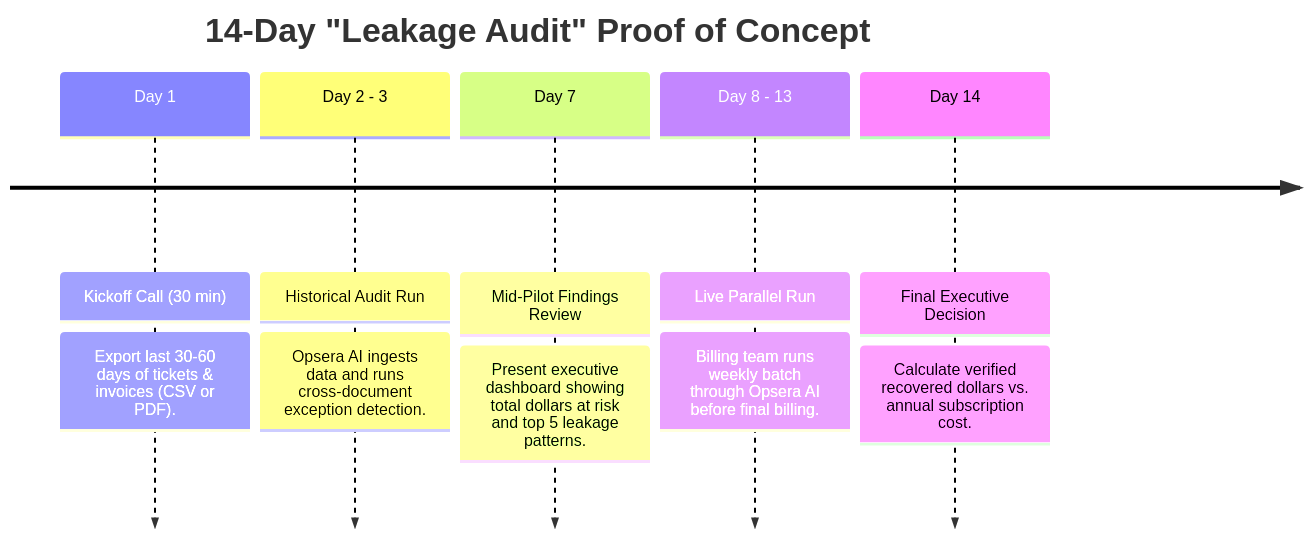
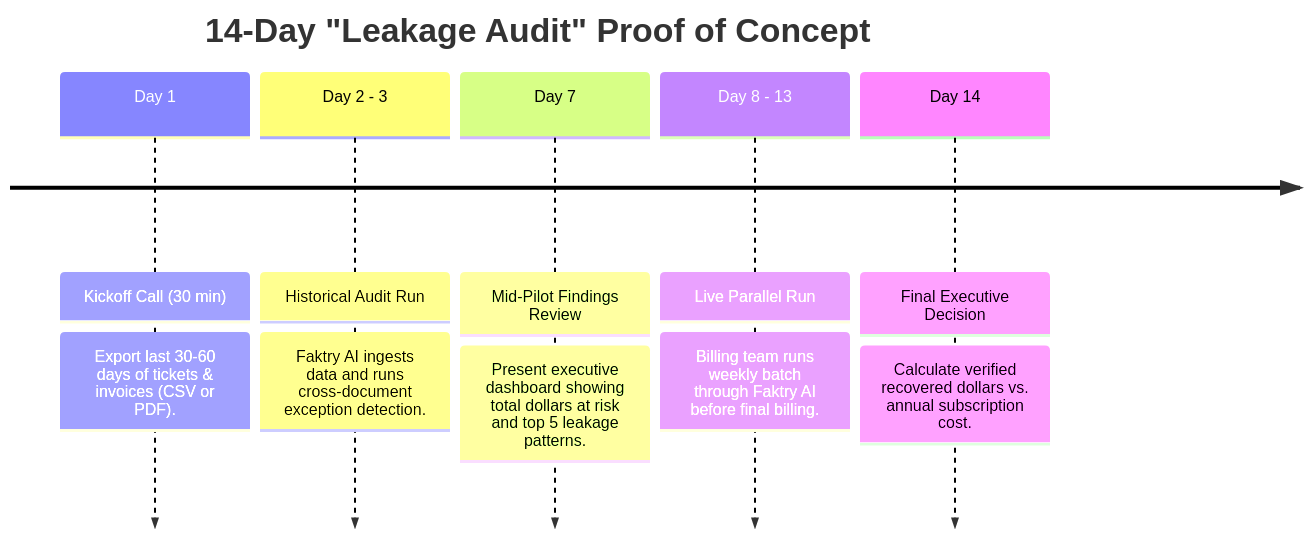
Before and after one commit to deepshah995/opseraai: the third of 3 diagrams in docs/INTEGRATION_PITCH_PLAYBOOK.md, drawn with Mermaid. The commit also changed other lines of this file and 35 other files, not shown here.

Commit message:
feat: add Faktry AI theme, drag-wire DAG data flow, /workflows/new studio, and preview popup

````diff
--- a/docs/INTEGRATION_PITCH_PLAYBOOK.md
+++ b/docs/INTEGRATION_PITCH_PLAYBOOK.md
@@ -229,9 +229,9 @@
 ```mermaid
 timeline
     title 14-Day "Leakage Audit" Proof of Concept
     Day 1 : Kickoff Call (30 min) : Export last 30-60 days of tickets & invoices (CSV or PDF).
-    Day 2 - 3 : Historical Audit Run : Opsera AI ingests data and runs cross-document exception detection.
+    Day 2 - 3 : Historical Audit Run : Faktry AI ingests data and runs cross-document exception detection.
     Day 7 : Mid-Pilot Findings Review : Present executive dashboard showing total dollars at risk and top 5 leakage patterns.
-    Day 8 - 13 : Live Parallel Run : Billing team runs weekly batch through Opsera AI before final billing.
+    Day 8 - 13 : Live Parallel Run : Billing team runs weekly batch through Faktry AI before final billing.
     Day 14 : Final Executive Decision : Calculate verified recovered dollars vs. annual subscription cost.
 ```
````
